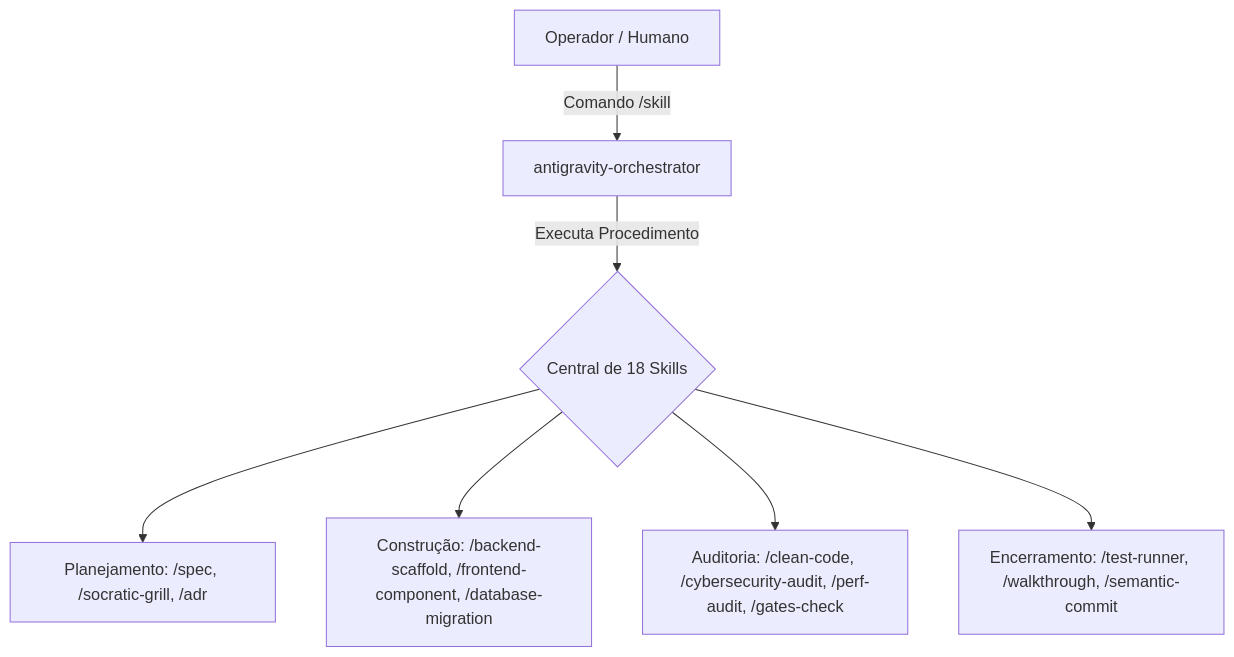
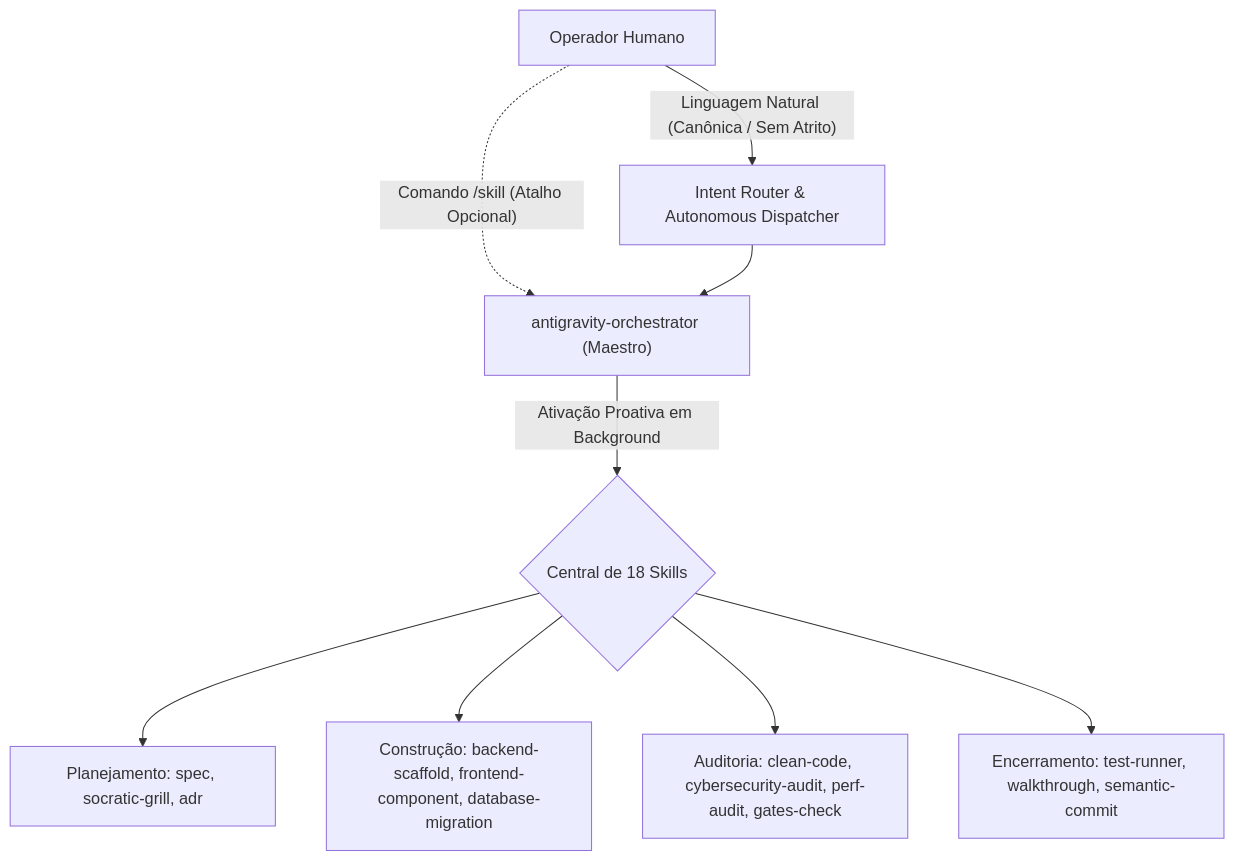
One commit to mrcodingdev/antigravity-foundry changed the diagram in docs/04_SKILLS_CATALOG.md. Above: the diagram before and after it, drawn with Mermaid. The commit also changed other lines of this file and 6 other files, not shown here.

````diff
--- a/docs/04_SKILLS_CATALOG.md
+++ b/docs/04_SKILLS_CATALOG.md
@@ -13,9 +19,11 @@
 ```mermaid
-graph TD
-    User["Operador / Humano"] -->|"Comando /skill"| Orch["antigravity-orchestrator"]
-    Orch -->|"Executa Procedimento"| SkillHub{"Central de 18 Skills"}
-    SkillHub --> S1["Planejamento: /spec, /socratic-grill, /adr"]
-    SkillHub --> S2["Construção: /backend-scaffold, /frontend-component, /database-migration"]
-    SkillHub --> S3["Auditoria: /clean-code, /cybersecurity-audit, /perf-audit, /gates-check"]
-    SkillHub --> S4["Encerramento: /test-runner, /walkthrough, /semantic-commit"]
+flowchart TD
+    User["Operador Humano"] -->|"Linguagem Natural (Canônica / Sem Atrito)"| Router["Intent Router & Autonomous Dispatcher"]
+    User -.->|"Comando /skill (Atalho Opcional)"| Orch["antigravity-orchestrator (Maestro)"]
+    Router --> Orch
+    Orch -->|"Ativação Proativa em Background"| SkillHub{"Central de 18 Skills"}
+    SkillHub --> S1["Planejamento: spec, socratic-grill, adr"]
+    SkillHub --> S2["Construção: backend-scaffold, frontend-component, database-migration"]
+    SkillHub --> S3["Auditoria: clean-code, cybersecurity-audit, perf-audit, gates-check"]
+    SkillHub --> S4["Encerramento: test-runner, walkthrough, semantic-commit"]
 ```
````
